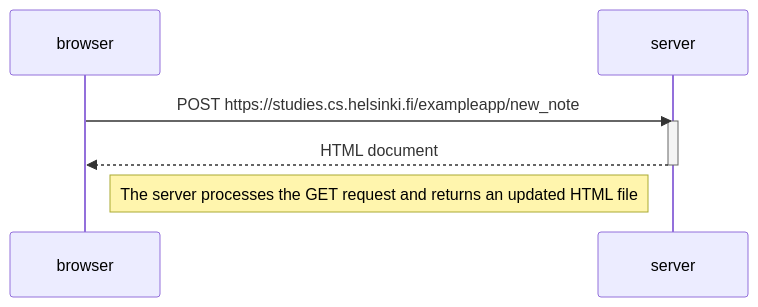
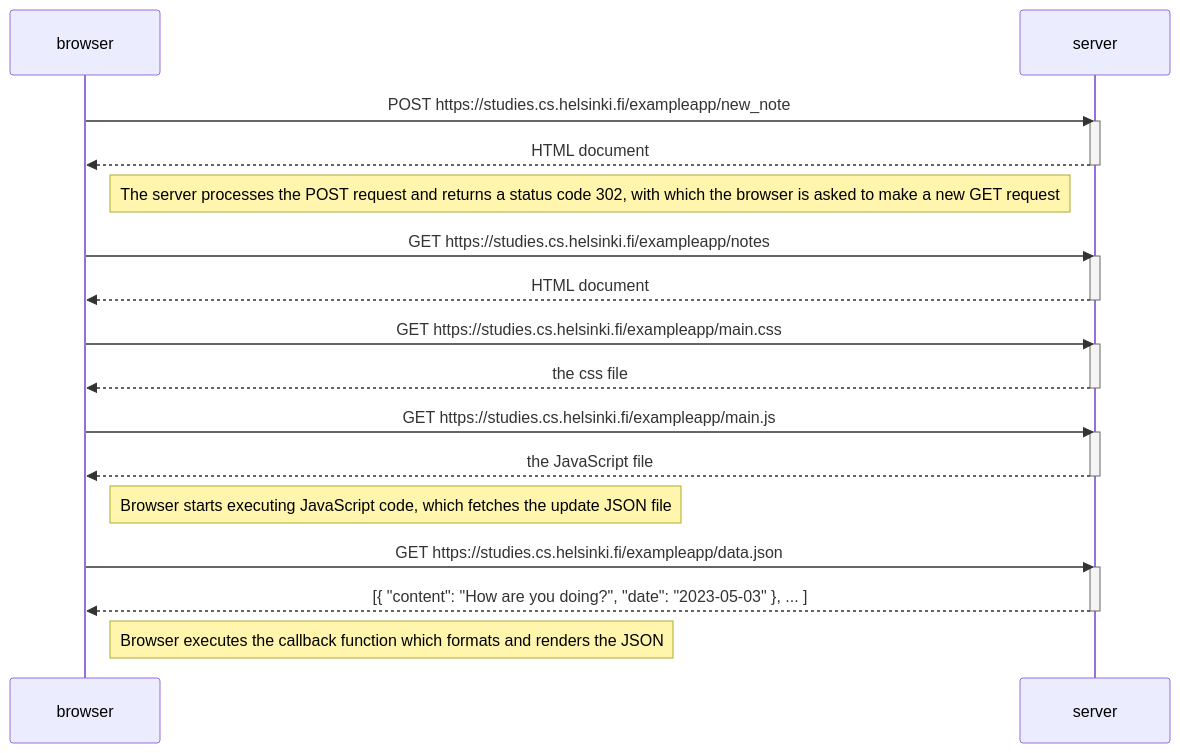
The diagram in part0/exercise_0_4.md (emmanuelmoon/fullstackopen_exercises), drawn with Mermaid before and after one commit.

Commit message:
Added the complete code for exercise 0.4

````diff
--- a/part0/exercise_0_4.md
+++ b/part0/exercise_0_4.md
@@ -13,12 +13,38 @@
 ```mermaid
 sequenceDiagram
     participant browser
     participant server
 
     browser->>server: POST https://studies.cs.helsinki.fi/exampleapp/new_note
     activate server
     server-->>browser: HTML document
     deactivate server
 
-    Note right of browser: The server processes the GET request and returns an updated HTML file
+    Note right of browser: The server processes the POST request and returns a status code 302, with which the browser is asked to make a new GET request
+
+    browser->>server: GET https://studies.cs.helsinki.fi/exampleapp/notes
+    activate server
+    server-->>browser: HTML document
+    deactivate server
+
+    browser->>server: GET https://studies.cs.helsinki.fi/exampleapp/main.css
+    activate server
+    server-->>browser: the css file
+    deactivate server
+
+    browser->>server: GET https://studies.cs.helsinki.fi/exampleapp/main.js
+    activate server
+    server-->>browser: the JavaScript file
+    deactivate server
+
+    Note right of browser: Browser starts executing JavaScript code, which fetches the update JSON file
+
+    browser->>server: GET https://studies.cs.helsinki.fi/exampleapp/data.json
+    activate server
+    server-->>browser: [{ "content": "How are you doing?", "date": "2023-05-03" }, ... ]
+    deactivate server
+
+    Note right of browser: Browser executes the callback function which formats and renders the JSON
+
+
 ```
````
